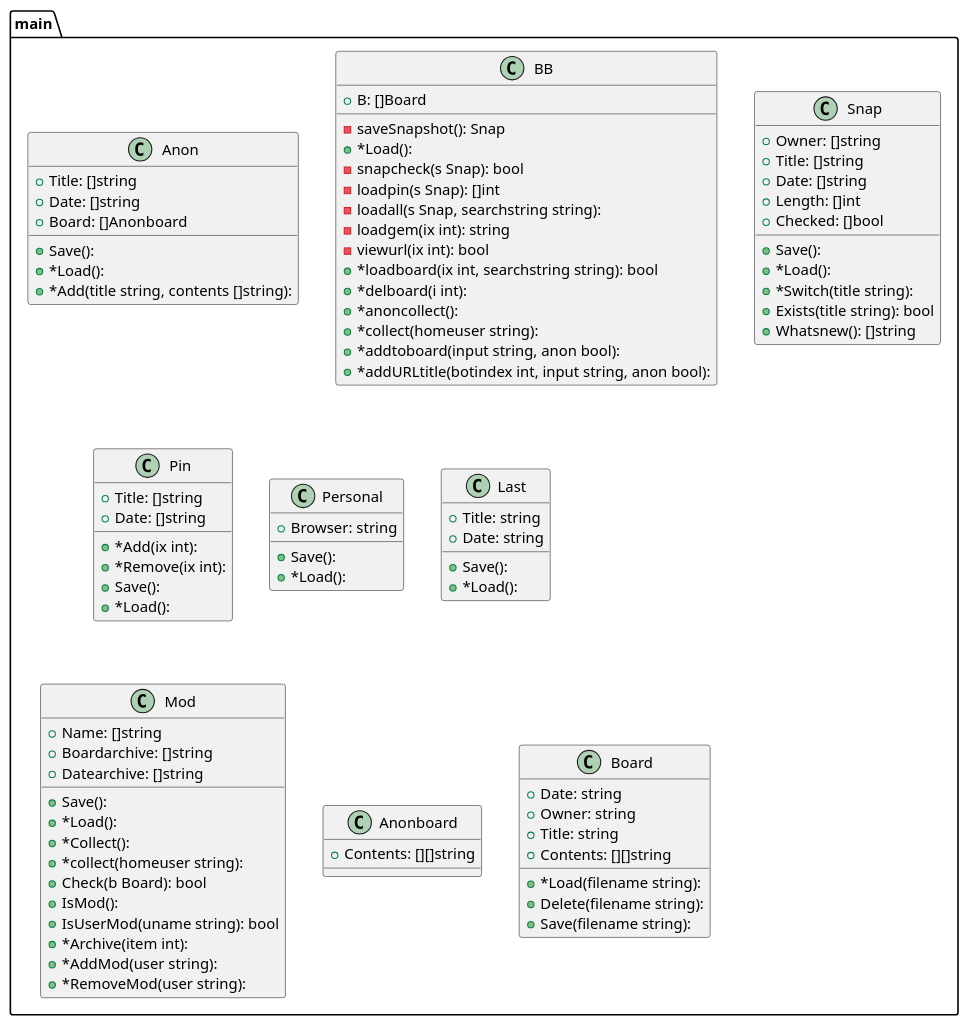
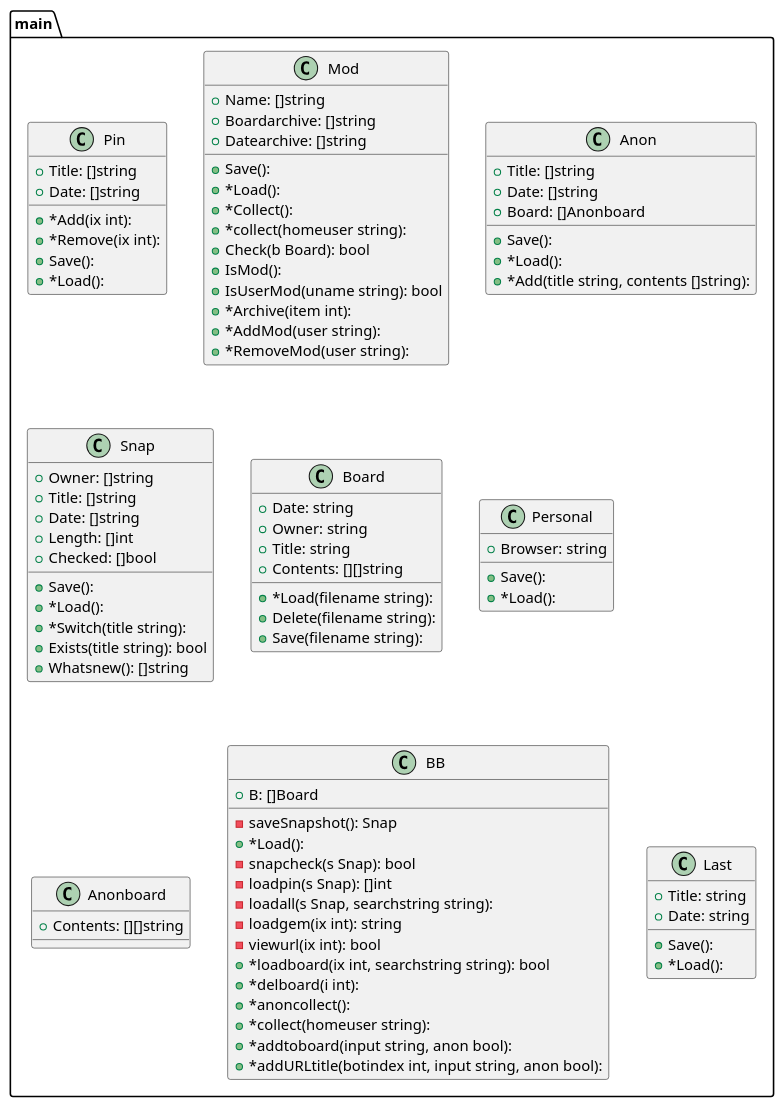
Before and after one commit to tbal999/bb: the diagram in graph.puml, drawn with PlantUML. The commit also changed other lines of this file and 1 other file, not shown here.

```diff
--- a/graph.puml
+++ b/graph.puml
@@ -1,104 +1,104 @@
 @startuml
-package ...main{
-class Anon {
-+Title: []string
-+Date: []string
-+Board: []Anonboard
-+Save(): 
-+*Load(): 
-+*Add(title string, contents []string): 
-}
-}
-package ...main{
-class BB {
-+B: []Board
--saveSnapshot(): Snap
-+*Load(): 
--snapcheck(s Snap): bool
--loadpin(s Snap): []int
--loadall(s Snap, searchstring string): 
--loadgem(ix int): string
--viewurl(ix int): bool
-+*loadboard(ix int, searchstring string): bool
-+*delboard(i int): 
-+*anoncollect(): 
-+*collect(homeuser string): 
-+*addtoboard(input string, anon bool): 
-+*addURLtitle(botindex int, input string, anon bool): 
-}
-}
-package ...main{
-class Snap {
-+Owner: []string
-+Title: []string
-+Date: []string
-+Length: []int
-+Checked: []bool
-+Save(): 
-+*Load(): 
-+*Switch(title string): 
-+Exists(title string): bool
-+Whatsnew(): []string
-}
-}
 package ...main{
 class Pin {
 +Title: []string
 +Date: []string
 +*Add(ix int): 
 +*Remove(ix int): 
-+Save(): 
-+*Load(): 
-}
-}
-package ...main{
-class Personal {
-+Browser: string
-+Save(): 
-+*Load(): 
-}
-}
-package ...main{
-class Last {
-+Title: string
-+Date: string
 +Save(): 
 +*Load(): 
 }
 }
 package ...main{
 class Mod {
 +Name: []string
 +Boardarchive: []string
 +Datearchive: []string
 +Save(): 
 +*Load(): 
 +*Collect(): 
 +*collect(homeuser string): 
 +Check(b Board): bool
 +IsMod(): 
 +IsUserMod(uname string): bool
 +*Archive(item int): 
 +*AddMod(user string): 
 +*RemoveMod(user string): 
 }
 }
 package ...main{
-class Anonboard {
-+Contents: [][]string
-
+class Anon {
++Title: []string
++Date: []string
++Board: []Anonboard
++Save(): 
++*Load(): 
++*Add(title string, contents []string): 
+}
+}
+package ...main{
+class Snap {
++Owner: []string
++Title: []string
++Date: []string
++Length: []int
++Checked: []bool
++Save(): 
++*Load(): 
++*Switch(title string): 
++Exists(title string): bool
++Whatsnew(): []string
 }
 }
 package ...main{
 class Board {
 +Date: string
 +Owner: string
 +Title: string
 +Contents: [][]string
 +*Load(filename string): 
 +Delete(filename string): 
 +Save(filename string): 
 }
 }
+package ...main{
+class Personal {
++Browser: string
++Save(): 
++*Load(): 
+}
+}
+package ...main{
+class Anonboard {
++Contents: [][]string
+
+}
+}
+package ...main{
+class BB {
++B: []Board
+-saveSnapshot(): Snap
++*Load(): 
+-snapcheck(s Snap): bool
+-loadpin(s Snap): []int
+-loadall(s Snap, searchstring string): 
+-loadgem(ix int): string
+-viewurl(ix int): bool
++*loadboard(ix int, searchstring string): bool
++*delboard(i int): 
++*anoncollect(): 
++*collect(homeuser string): 
++*addtoboard(input string, anon bool): 
++*addURLtitle(botindex int, input string, anon bool): 
+}
+}
+package ...main{
+class Last {
++Title: string
++Date: string
++Save(): 
++*Load(): 
+}
+}
 
 @enduml
```
